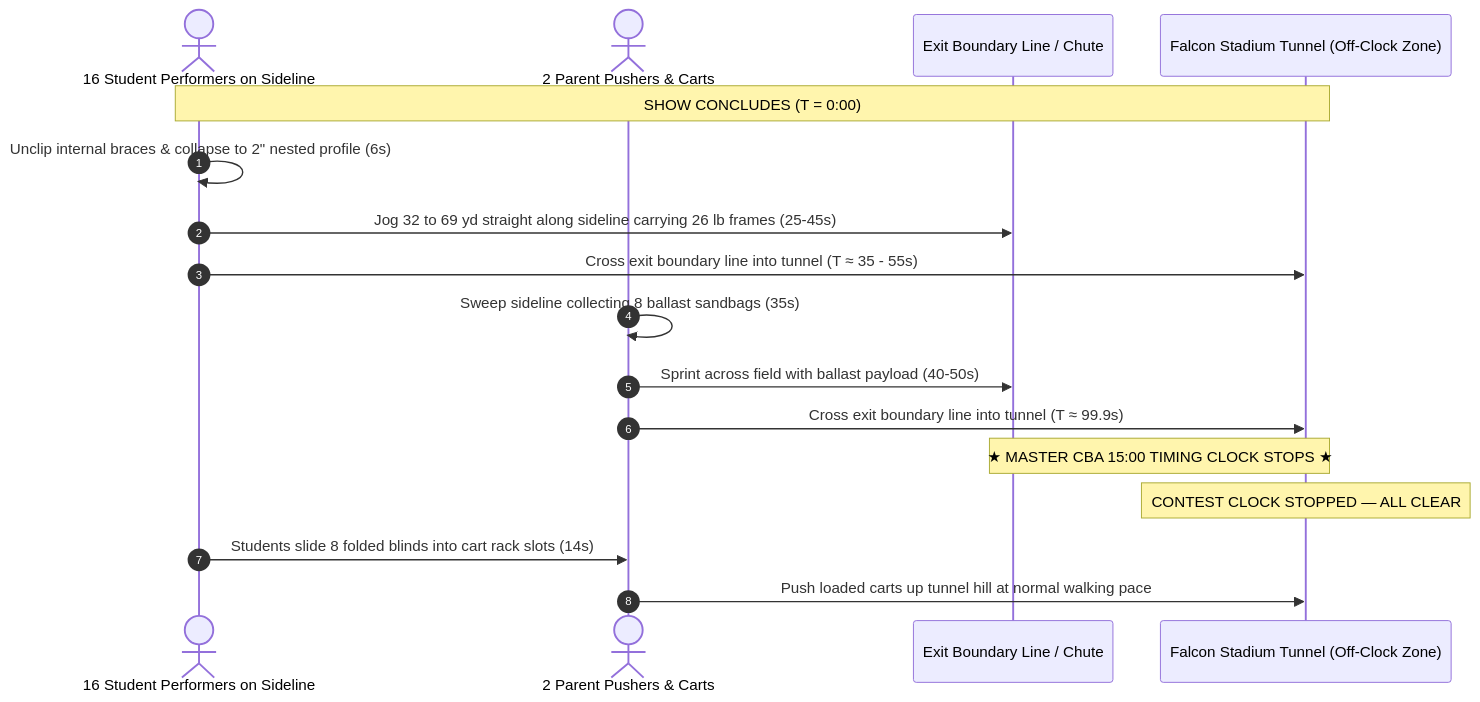
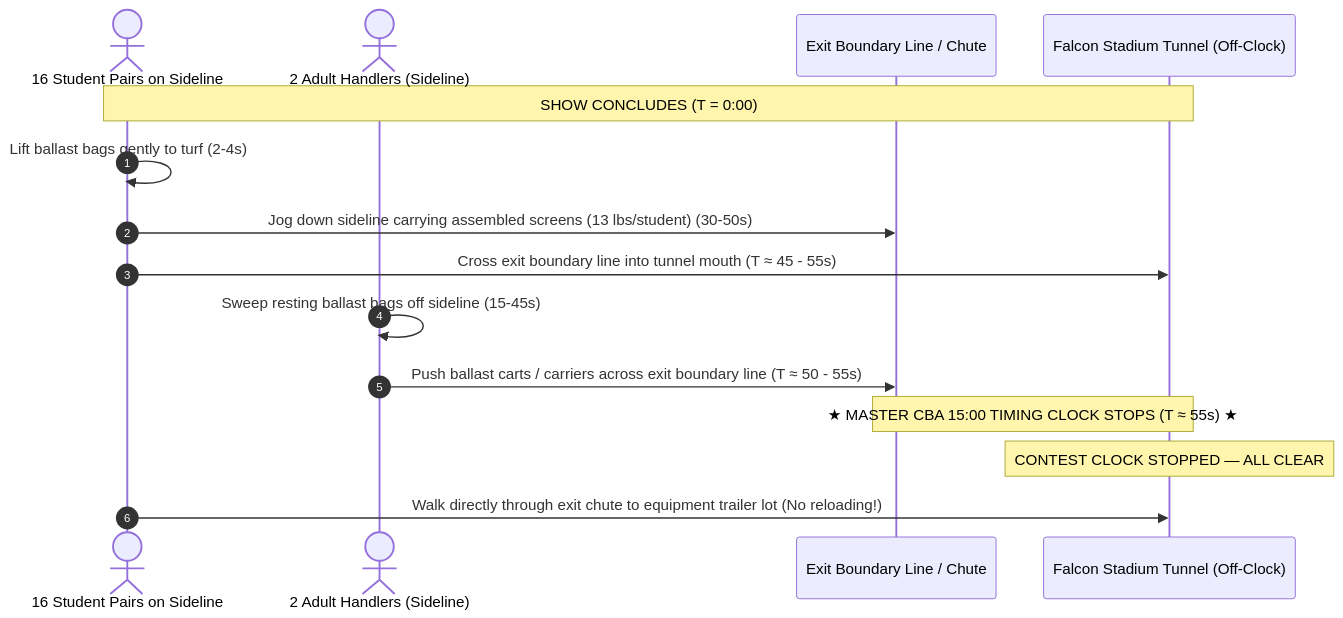
The second of 2 diagrams in PCHSMB/_Sideline Screen/docs/references/FIELD_LOGISTICS_AND_TIMING_ANALYSIS.md (ericrowe/music), drawn with Mermaid before and after one commit. The commit also changed other lines of this file and 1 other file, not shown here.

Commit message:
docs(sideline-screen): integrate Two-Student Carry simulation results as recommended standard in field logistics guides

````diff
--- a/PCHSMB/_Sideline Screen/docs/references/FIELD_LOGISTICS_AND_TIMING_ANALYSIS.md
+++ b/PCHSMB/_Sideline Screen/docs/references/FIELD_LOGISTICS_AND_TIMING_ANALYSIS.md
@@ -211,20 +212,18 @@
 ```mermaid
 sequenceDiagram
     autonumber
-    actor Field as 16 Student Performers on Sideline
-    actor Cart as 2 Parent Pushers & Carts
+    actor Field as 16 Student Pairs on Sideline
+    actor Ballast as 2 Adult Handlers (Sideline)
     participant Line as Exit Boundary Line / Chute
-    participant Tunnel as Falcon Stadium Tunnel (Off-Clock Zone)
+    participant Tunnel as Falcon Stadium Tunnel (Off-Clock)
 
     Note over Field,Tunnel: SHOW CONCLUDES (T = 0:00)
-    Field->>Field: Unclip internal braces & collapse to 2" nested profile (6s)
-    Field->>Line: Jog 32 to 69 yd straight along sideline carrying 26 lb frames (25-45s)
-    Field->>Tunnel: Cross exit boundary line into tunnel (T ≈ 35 - 55s)
-    Cart->>Cart: Sweep sideline collecting 8 ballast sandbags (35s)
-    Cart->>Line: Sprint across field with ballast payload (40-50s)
-    Cart->>Tunnel: Cross exit boundary line into tunnel (T ≈ 99.9s)
-    Note over Line,Tunnel: ★ MASTER CBA 15:00 TIMING CLOCK STOPS ★
+    Field->>Field: Lift ballast bags gently to turf (2-4s)
+    Field->>Line: Jog down sideline carrying assembled screens (13 lbs/student) (30-50s)
+    Field->>Tunnel: Cross exit boundary line into tunnel mouth (T ≈ 45 - 55s)
+    Ballast->>Ballast: Sweep resting ballast bags off sideline (15-45s)
+    Ballast->>Line: Push ballast carts / carriers across exit boundary line (T ≈ 50 - 55s)
+    Note over Line,Tunnel: ★ MASTER CBA 15:00 TIMING CLOCK STOPS (T ≈ 55s) ★
     Note over Tunnel: CONTEST CLOCK STOPPED — ALL CLEAR
-    Field->>Cart: Students slide 8 folded blinds into cart rack slots (14s)
-    Cart->>Tunnel: Push loaded carts up tunnel hill at normal walking pace
+    Field->>Tunnel: Walk directly through exit chute to equipment trailer lot (No reloading!)
 ```
````
